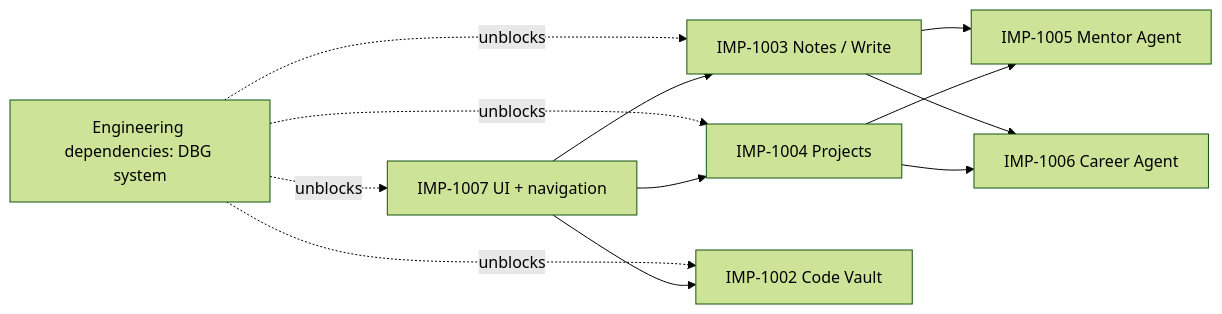
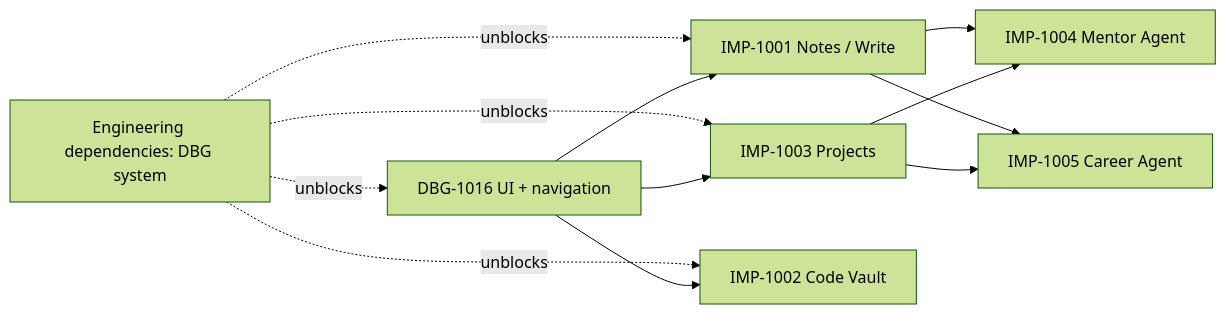
One commit to Akiirolabs/IOVault changed the diagram in docs/implementation-system/graphs/implementation-map.md. Above: the diagram before and after it, drawn with Mermaid (forest theme). The commit also changed 39 other files, not shown here.

````diff
--- a/docs/implementation-system/graphs/implementation-map.md
+++ b/docs/implementation-system/graphs/implementation-map.md
@@ -3,14 +3,14 @@
 ```mermaid
 flowchart LR
-  Engineering["Engineering dependencies: DBG system"] -. unblocks .-> UI["IMP-1007 UI + navigation"]
-  Engineering -. unblocks .-> Notes["IMP-1003 Notes / Write"]
-  Engineering -. unblocks .-> Projects["IMP-1004 Projects"]
+  Engineering["Engineering dependencies: DBG system"] -. unblocks .-> UI["DBG-1016 UI + navigation"]
+  Engineering -. unblocks .-> Notes["IMP-1001 Notes / Write"]
+  Engineering -. unblocks .-> Projects["IMP-1003 Projects"]
   Engineering -. unblocks .-> Code["IMP-1002 Code Vault"]
   UI --> Notes
   UI --> Projects
   UI --> Code
-  Notes --> Learning["IMP-1005 Mentor Agent"]
-  Notes --> Career["IMP-1006 Career Agent"]
+  Notes --> Learning["IMP-1004 Mentor Agent"]
+  Notes --> Career["IMP-1005 Career Agent"]
   Projects --> Learning
   Projects --> Career
 ```
````
